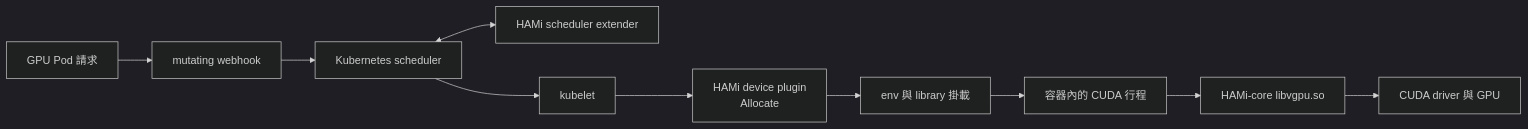
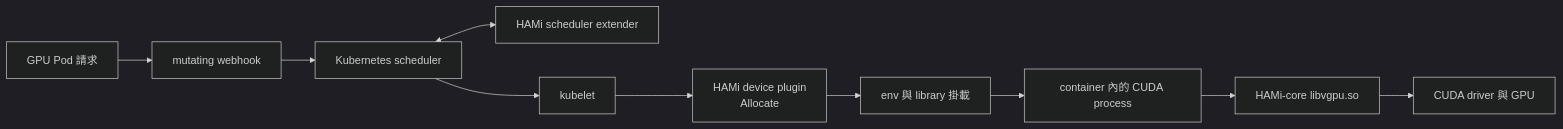
The first of 4 diagrams in book/04-isolation/hami-dra.md (Daniel77871/dra-gpu-sharing-in-practice), drawn with Mermaid (dark theme) before and after one commit. The commit also changed other lines of this file and 80 other files, not shown here.

````diff
--- a/book/04-isolation/hami-dra.md
+++ b/book/04-isolation/hami-dra.md
@@ -13,12 +13,12 @@
 ```mermaid
 flowchart LR
     U["GPU Pod 請求"] --> W["mutating webhook"]
     W --> S["Kubernetes scheduler"]
     S <--> E["HAMi scheduler extender"]
     S --> K["kubelet"]
     K --> D["HAMi device plugin<br/>Allocate"]
     D --> I["env 與 library 掛載"]
-    I --> P["容器內的 CUDA 行程"]
+    I --> P["container 內的 CUDA process"]
     P --> L["HAMi-core libvgpu.so"]
     L --> G["CUDA driver 與 GPU"]
 ```
````
